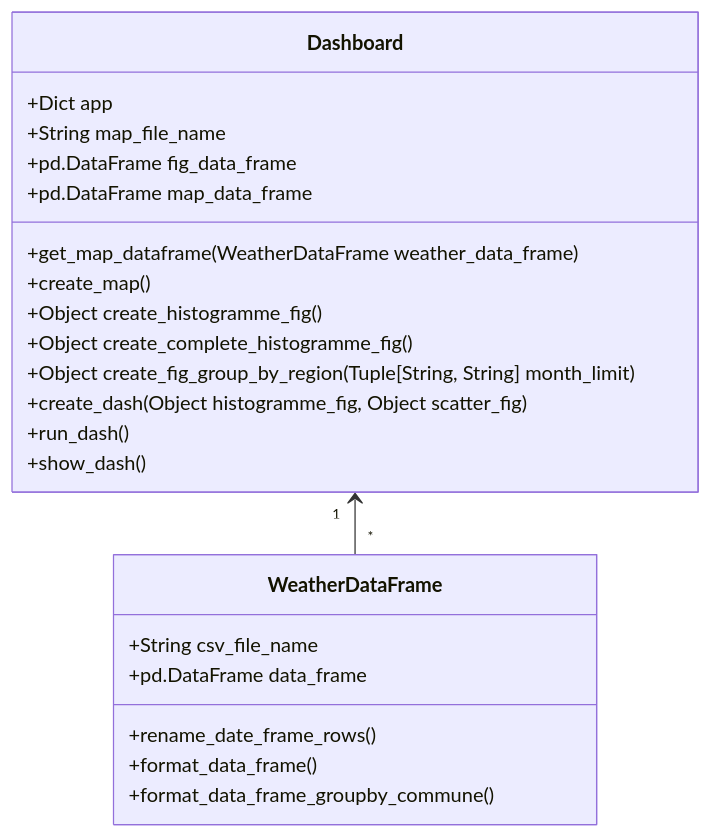
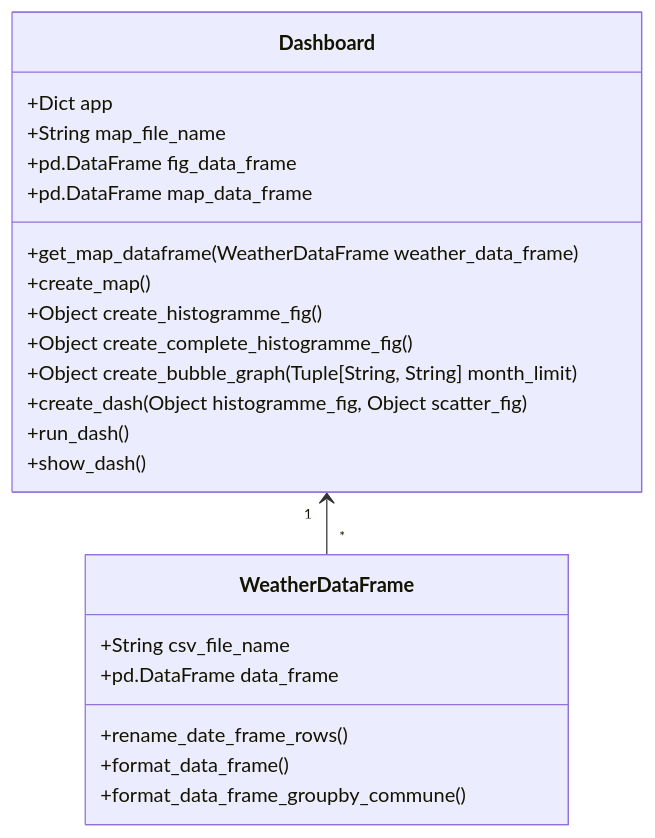
One commit to DaSilvaRemi/OpenDataProject changed the diagram in readme.md. Above: the diagram before and after it, drawn with Mermaid. The commit also changed 3 other files, not shown here.

````diff
--- a/readme.md
+++ b/readme.md
@@ -137,27 +137,27 @@
 ```mermaid
 classDiagram
     Dashboard "1" <-- "*" WeatherDataFrame
     
     class WeatherDataFrame {
         +String csv_file_name
         +pd.DataFrame data_frame
         +rename_date_frame_rows()
         +format_data_frame()
         +format_data_frame_groupby_commune()
     }
 
     class Dashboard {
         +Dict app
         +String map_file_name
         +pd.DataFrame fig_data_frame
         +pd.DataFrame map_data_frame
         +get_map_dataframe(WeatherDataFrame weather_data_frame)
         +create_map()
         +Object create_histogramme_fig()
         +Object create_complete_histogramme_fig()
-        +Object create_fig_group_by_region(Tuple[String, String] month_limit)
+        +Object create_bubble_graph(Tuple[String, String] month_limit)
         +create_dash(Object histogramme_fig, Object scatter_fig)
         +run_dash()
         +show_dash()
     }
 ```
````
